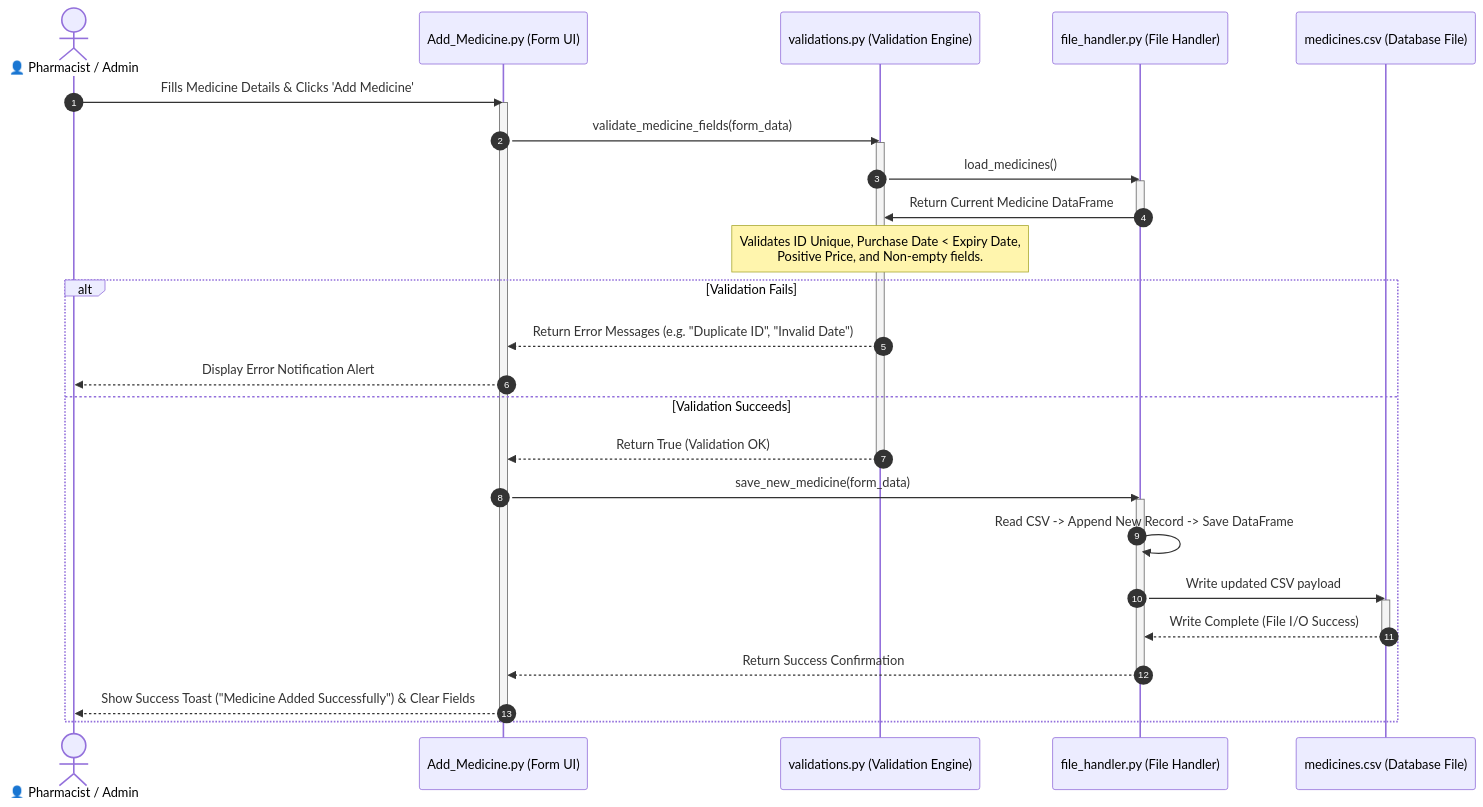
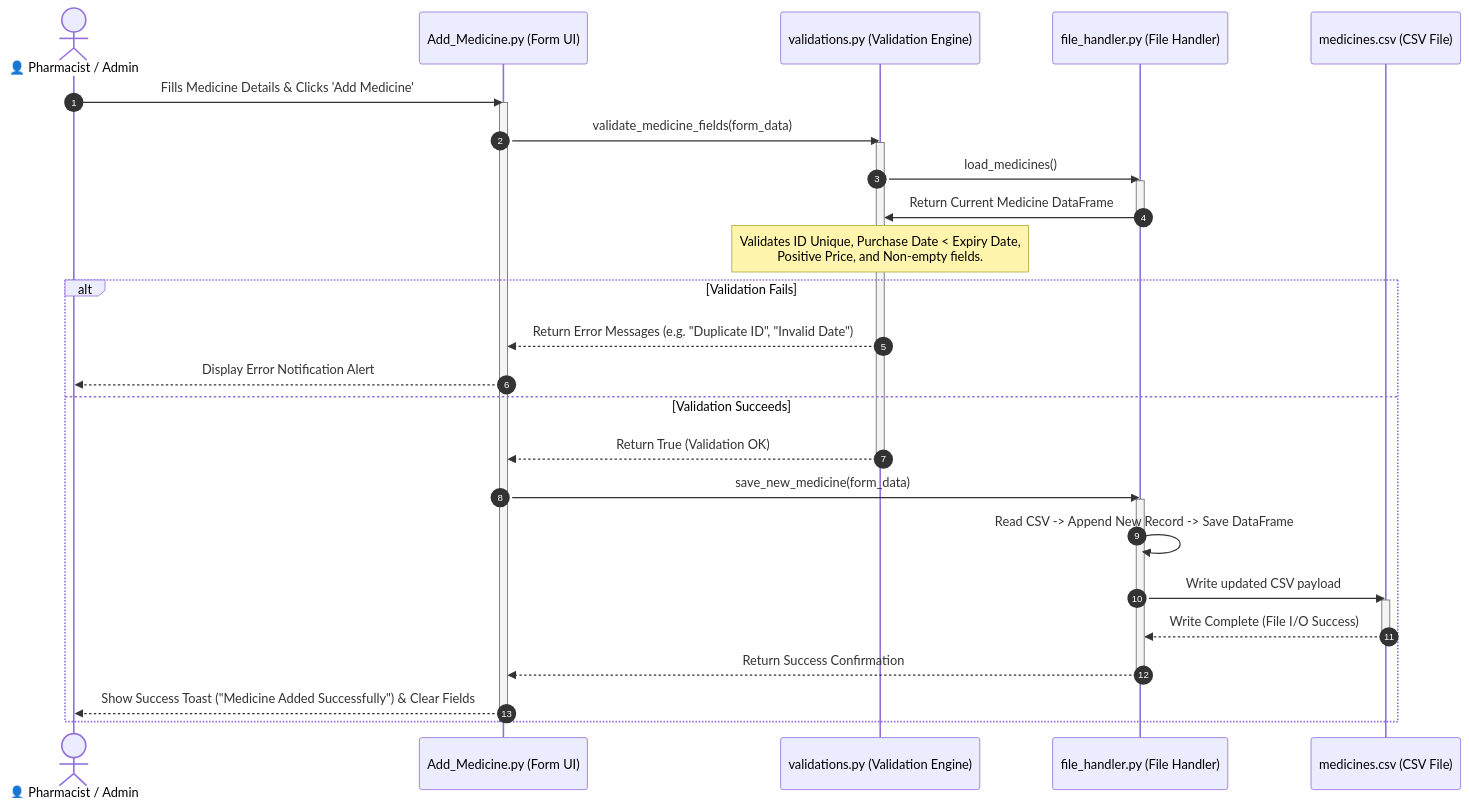
Before and after one commit to nuthigauri21/MediFlow_IMS: the fifth of 6 diagrams in uml_diagrams.md, drawn with Mermaid. The commit also changed other lines of this file and 10 other files, not shown here.

````diff
--- a/uml_diagrams.md
+++ b/uml_diagrams.md
@@ -350,42 +350,42 @@
 ```mermaid
 sequenceDiagram
     autonumber
     actor Pharmacist as 👤 Pharmacist / Admin
     participant UI as Add_Medicine.py (Form UI)
     participant VAL as validations.py (Validation Engine)
     participant FH as file_handler.py (File Handler)
-    participant CSV as medicines.csv (Database File)
+    participant CSV as medicines.csv (CSV File)
 
     Pharmacist->>UI: Fills Medicine Details & Clicks 'Add Medicine'
     activate UI
     UI->>VAL: validate_medicine_fields(form_data)
     activate VAL
     
     VAL->>FH: load_medicines()
     activate FH
     FH->>VAL: Return Current Medicine DataFrame
     deactivate FH
     
     Note over VAL: Validates ID Unique, Purchase Date < Expiry Date,<br>Positive Price, and Non-empty fields.
     
     alt Validation Fails
         VAL-->>UI: Return Error Messages (e.g. "Duplicate ID", "Invalid Date")
         UI-->>Pharmacist: Display Error Notification Alert
     else Validation Succeeds
         VAL-->>UI: Return True (Validation OK)
         deactivate VAL
         
         UI->>FH: save_new_medicine(form_data)
         activate FH
         FH->>FH: Read CSV -> Append New Record -> Save DataFrame
         FH->>CSV: Write updated CSV payload
         activate CSV
         CSV-->>FH: Write Complete (File I/O Success)
         deactivate CSV
         FH-->>UI: Return Success Confirmation
         deactivate FH
         
         UI-->>Pharmacist: Show Success Toast ("Medicine Added Successfully") & Clear Fields
     end
     deactivate UI
 ```
````
